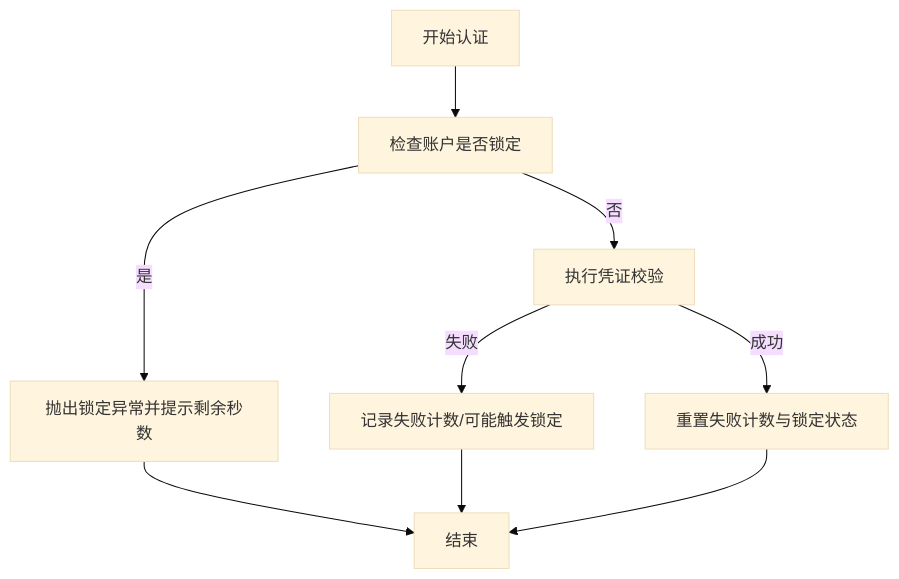
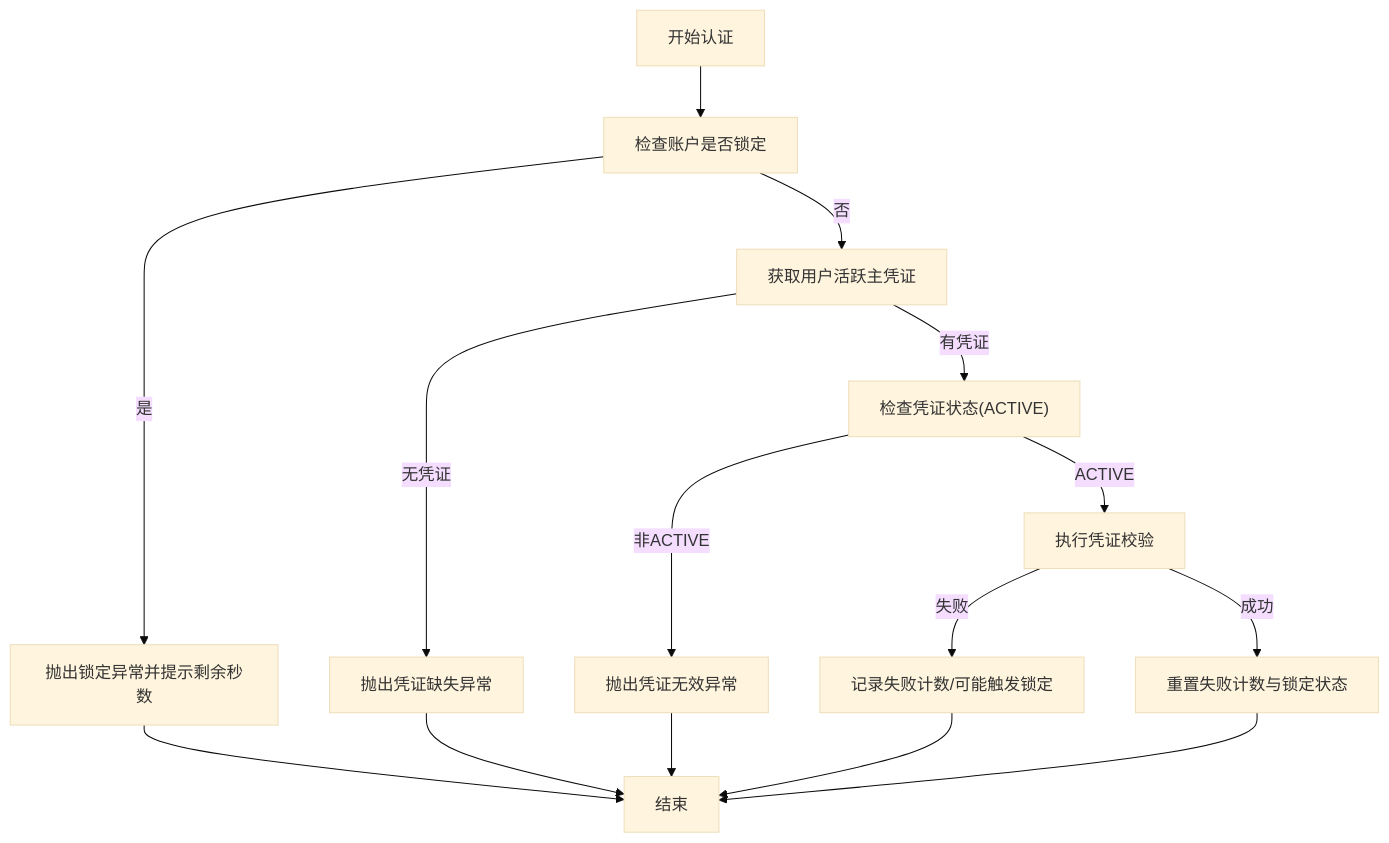
The fifth of 7 diagrams in .qoder/repowiki/zh/content/项目概述/核心功能/用户管理功能.md (fq0121104930716/iam-platform), drawn with Mermaid (base theme) before and after one commit. The commit also changed other lines of this file and 46 other files, not shown here.

````diff
--- a/.qoder/repowiki/zh/content/项目概述/核心功能/用户管理功能.md
+++ b/.qoder/repowiki/zh/content/项目概述/核心功能/用户管理功能.md
@@ -317,11 +552,17 @@
 ```mermaid
 flowchart TD
 A["开始认证"] --> B["检查账户是否锁定"]
 B --> |是| E["抛出锁定异常并提示剩余秒数"]
-B --> |否| C["执行凭证校验"]
-C --> |失败| D["记录失败计数/可能触发锁定"]
-C --> |成功| F["重置失败计数与锁定状态"]
-D --> G["结束"]
-E --> G
-F --> G
+B --> |否| C["获取用户活跃主凭证"]
+C --> |无凭证| F["抛出凭证缺失异常"]
+C --> |有凭证| G["检查凭证状态(ACTIVE)"]
+G --> |非ACTIVE| H["抛出凭证无效异常"]
+G --> |ACTIVE| I["执行凭证校验"]
+I --> |失败| D["记录失败计数/可能触发锁定"]
+I --> |成功| J["重置失败计数与锁定状态"]
+D --> K["结束"]
+E --> K
+F --> K
+H --> K
+J --> K
 ```
````
